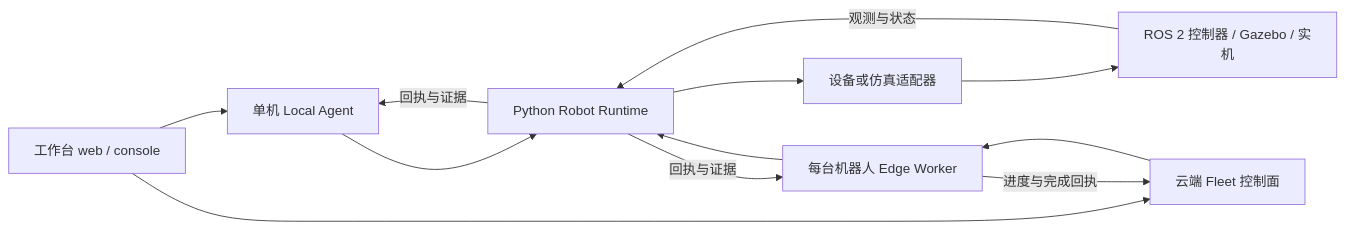
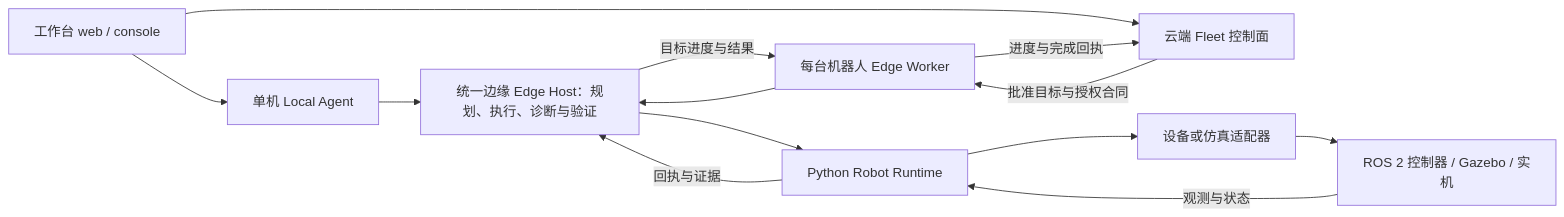
The diagram in README.md (SUSTechWLA/tangying-robot-agent-os), drawn with Mermaid before and after one commit. The commit also changed other lines of this file and 49 other files, not shown here.

Commit message:
feat(edge): delegate bounded goals to a shared autonomous edge host

````diff
--- a/README.md
+++ b/README.md
@@ -68,14 +68,15 @@
 ```mermaid
 flowchart LR
     UI[工作台 web / console] --> Local[单机 Local Agent]
     UI --> Fleet[云端 Fleet 控制面]
-    Fleet --> Worker[每台机器人 Edge Worker]
-    Local --> Runtime[Python Robot Runtime]
-    Worker --> Runtime
+    Fleet -->|批准目标与授权合同| Worker[每台机器人 Edge Worker]
+    Local --> Host[统一边缘 Edge Host：规划、执行、诊断与验证]
+    Worker --> Host
+    Host --> Runtime[Python Robot Runtime]
     Runtime --> Backend[设备或仿真适配器]
     Backend --> Robot[ROS 2 控制器 / Gazebo / 实机]
     Robot -->|观测与状态| Runtime
-    Runtime -->|回执与证据| Local
-    Runtime -->|回执与证据| Worker
+    Runtime -->|回执与证据| Host
+    Host -->|目标进度与结果| Worker
     Worker -->|进度与完成回执| Fleet
 ```
````
